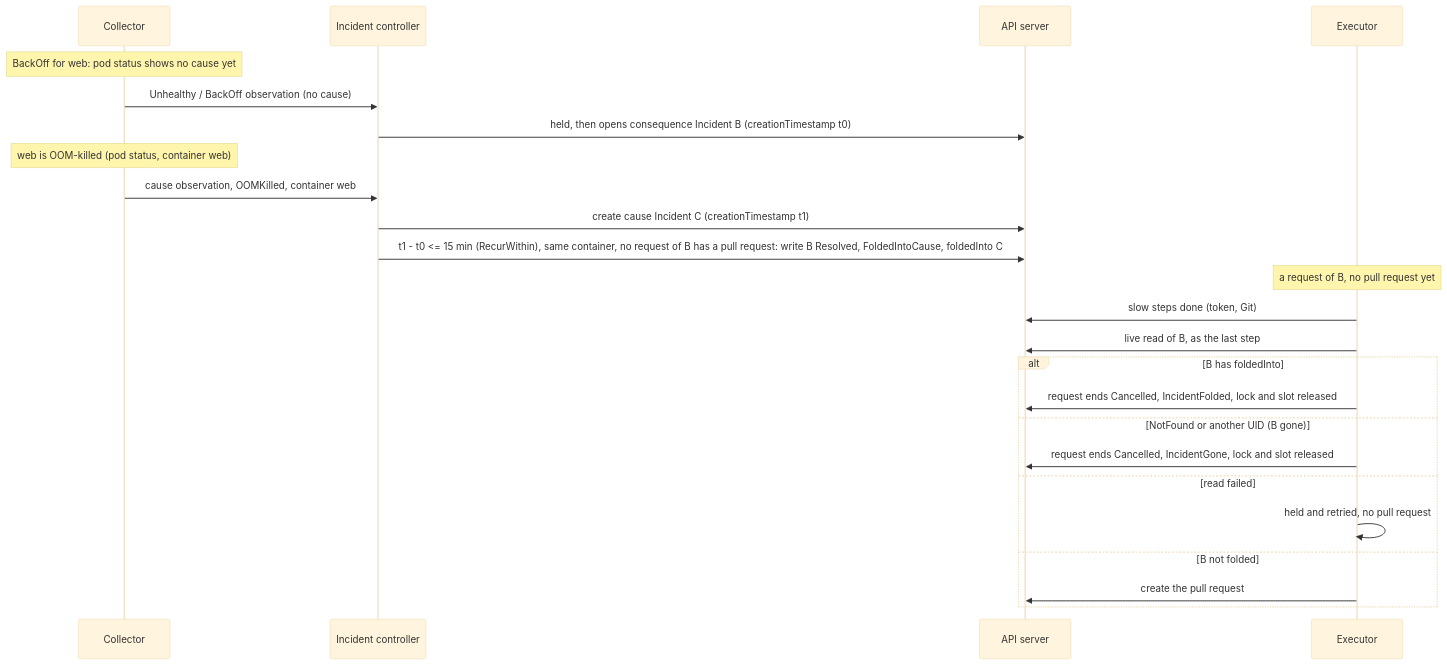
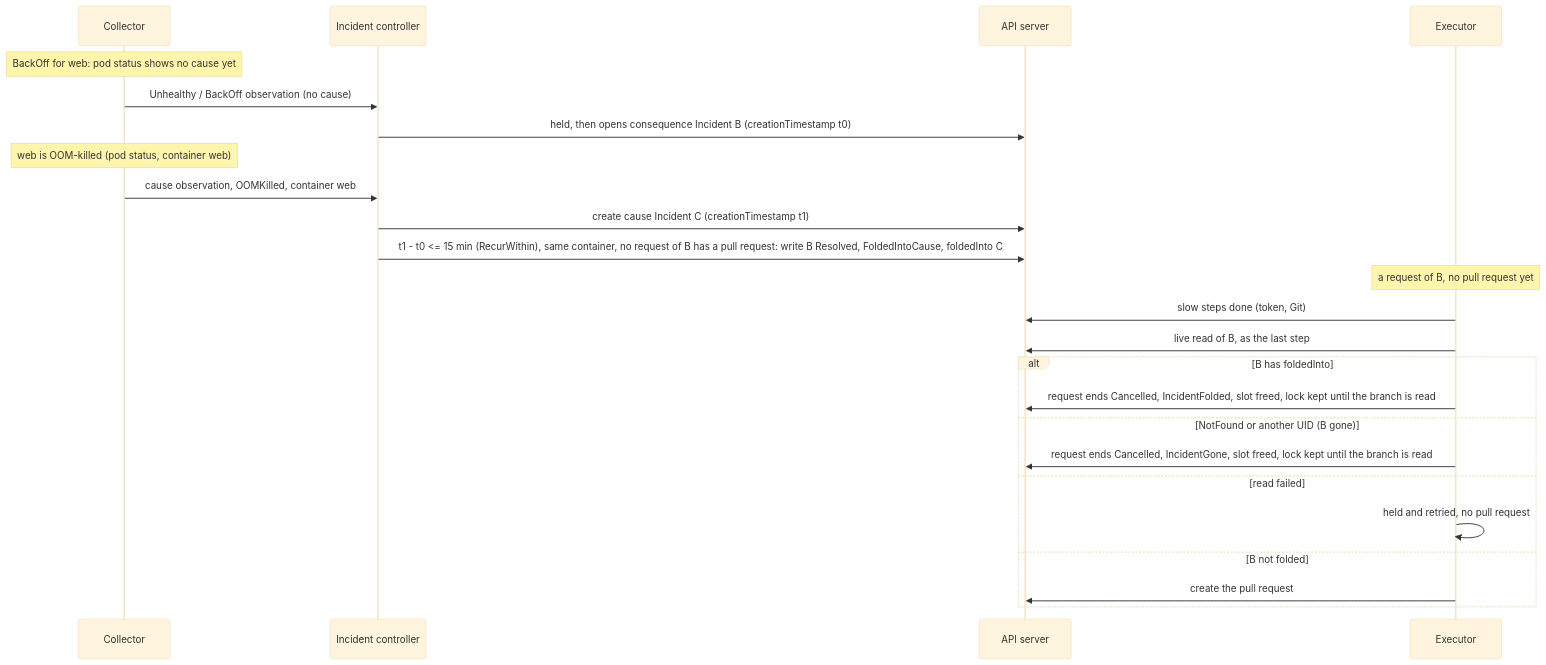
The diagram in docs/adr/0039-consequence-symptoms-attach-to-their-causes-incident.md (pkalin/shadewright), drawn with Mermaid (base theme) before and after one commit. The commit also changed other lines of this file and 11 other files, not shown here.

First line of the commit message:
fix(gitops): keep the target lock of a cancelled request until its branch is read

````diff
--- a/docs/adr/0039-consequence-symptoms-attach-to-their-causes-incident.md
+++ b/docs/adr/0039-consequence-symptoms-attach-to-their-causes-incident.md
@@ -124,26 +124,26 @@
 ```mermaid
 sequenceDiagram
     participant K as Collector
     participant I as Incident controller
     participant A as API server
     participant E as Executor
     Note over K: BackOff for web: pod status shows no cause yet
     K->>I: Unhealthy / BackOff observation (no cause)
     I->>A: held, then opens consequence Incident B (creationTimestamp t0)
     Note over K: web is OOM-killed (pod status, container web)
     K->>I: cause observation, OOMKilled, container web
     I->>A: create cause Incident C (creationTimestamp t1)
     I->>A: t1 - t0 <= 15 min (RecurWithin), same container, no request of B has a pull request: write B Resolved, FoldedIntoCause, foldedInto C
     Note over E: a request of B, no pull request yet
     E->>A: slow steps done (token, Git)
     E->>A: live read of B, as the last step
     alt B has foldedInto
-        E->>A: request ends Cancelled, IncidentFolded, lock and slot released
+        E->>A: request ends Cancelled, IncidentFolded, slot freed, lock kept until the branch is read
     else NotFound or another UID (B gone)
-        E->>A: request ends Cancelled, IncidentGone, lock and slot released
+        E->>A: request ends Cancelled, IncidentGone, slot freed, lock kept until the branch is read
     else read failed
         E->>E: held and retried, no pull request
     else B not folded
         E->>A: create the pull request
     end
 ```
````
